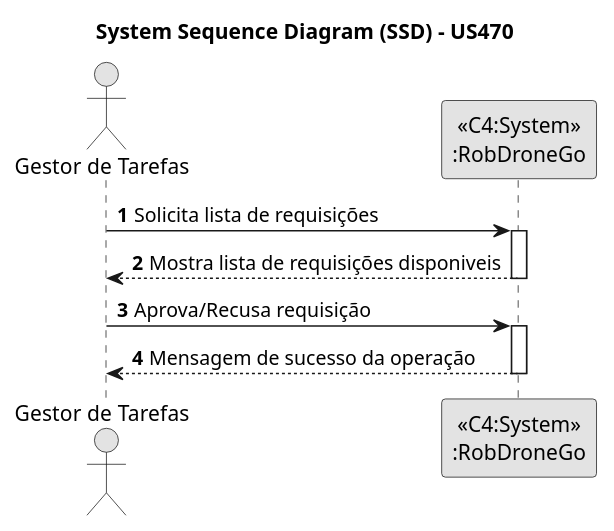
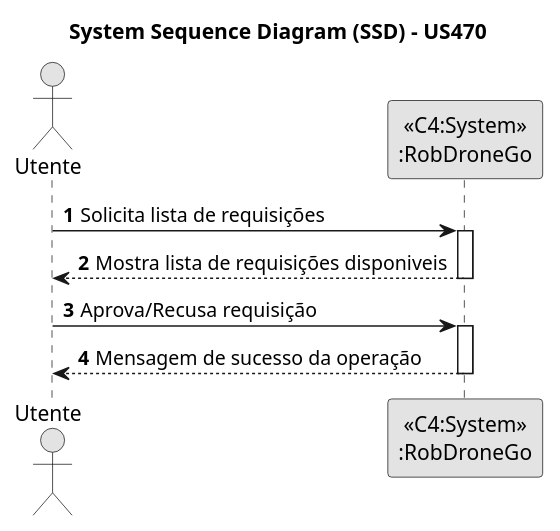
The diagram in docs/SprintC/us470/SSD-US470.puml (pedrocmesquita/RobDroneGo), drawn with PlantUML before and after one commit. The commit also changed 5 other files, not shown here.

```diff
--- a/docs/SprintC/us470/SSD-US470.puml
+++ b/docs/SprintC/us470/SSD-US470.puml
@@ -1,22 +1,22 @@
 @startuml
 skinparam monochrome true
 skinparam packageStyle rectangle
 skinparam shadowing false
 
 title System Sequence Diagram (SSD) - US470
 
 autonumber
 
-actor "Gestor de Tarefas"
+actor "Utente"
 
-"Gestor de Tarefas" -> "<<C4:System>>\n:RobDroneGo": Solicita lista de requisições
+"Utente" -> "<<C4:System>>\n:RobDroneGo": Solicita lista de requisições
 activate "<<C4:System>>\n:RobDroneGo"
-"<<C4:System>>\n:RobDroneGo" --> "Gestor de Tarefas": Mostra lista de requisições disponiveis
+"<<C4:System>>\n:RobDroneGo" --> "Utente": Mostra lista de requisições disponiveis
 deactivate "<<C4:System>>\n:RobDroneGo"
 
-"Gestor de Tarefas" -> "<<C4:System>>\n:RobDroneGo": Aprova/Recusa requisição
+"Utente" -> "<<C4:System>>\n:RobDroneGo": Aprova/Recusa requisição
 activate "<<C4:System>>\n:RobDroneGo"
-"Gestor de Tarefas" <-- "<<C4:System>>\n:RobDroneGo": Mensagem de sucesso da operação
+"Utente" <-- "<<C4:System>>\n:RobDroneGo": Mensagem de sucesso da operação
 deactivate "<<C4:System>>\n:RobDroneGo"
 
 @enduml
```
